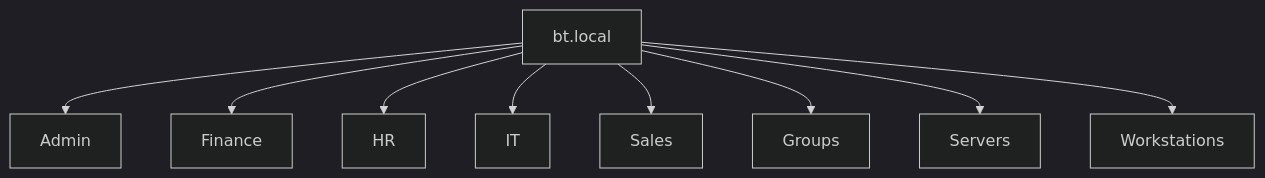
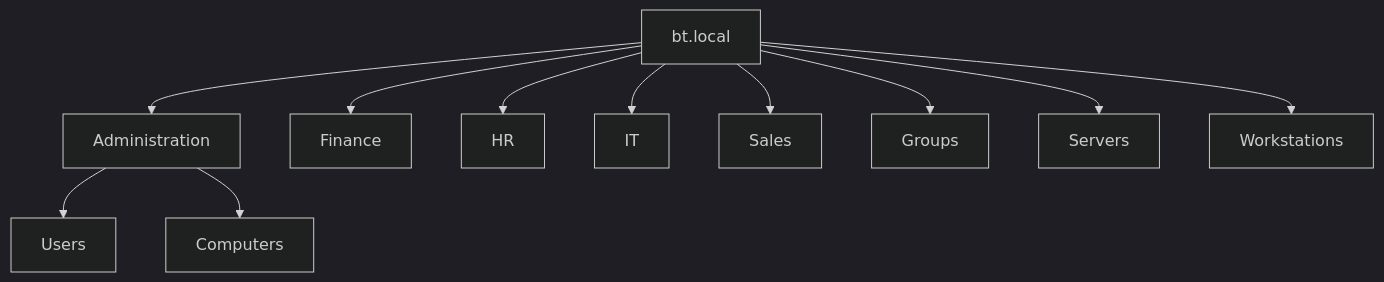
Before and after one commit to Andrej044/IT-Learning-Journey: the diagram in 04-Active-Directory/Lab-02-OU-Structure/README.md, drawn with Mermaid (dark theme).

Commit message:
Update OU structure in README with Administration node

````diff
--- a/04-Active-Directory/Lab-02-OU-Structure/README.md
+++ b/04-Active-Directory/Lab-02-OU-Structure/README.md
@@ -41,12 +41,14 @@
 ```mermaid
 graph TD
     BT["bt.local"]
-    BT --> Admin
+    BT --> Administration
+    Administration --> Users
+    Administration --> Computers 
     BT --> Finance
     BT --> HR
     BT --> IT
     BT --> Sales
     BT --> Groups
     BT --> Servers
     BT --> Workstations
 ```
````
